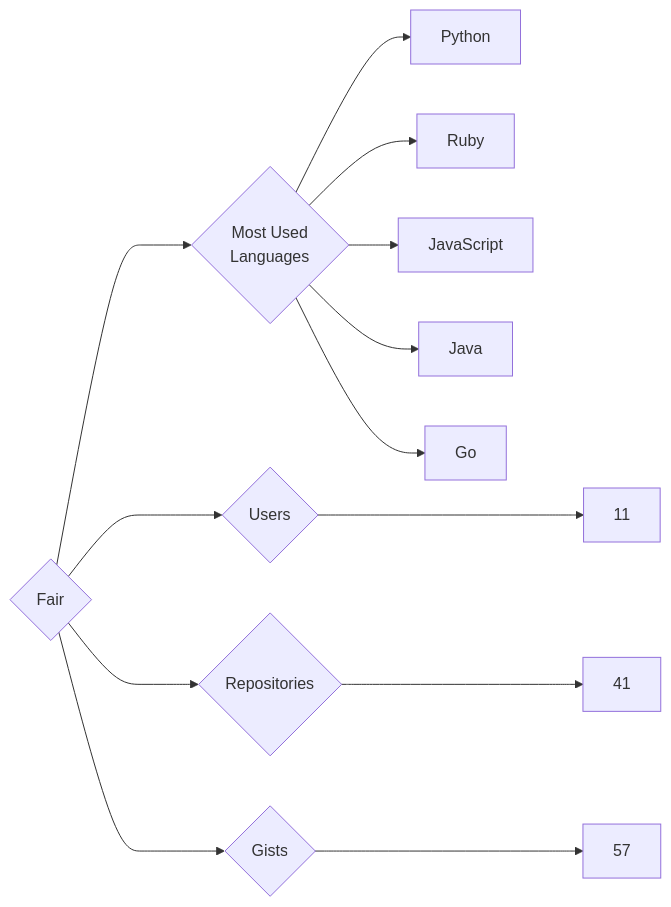
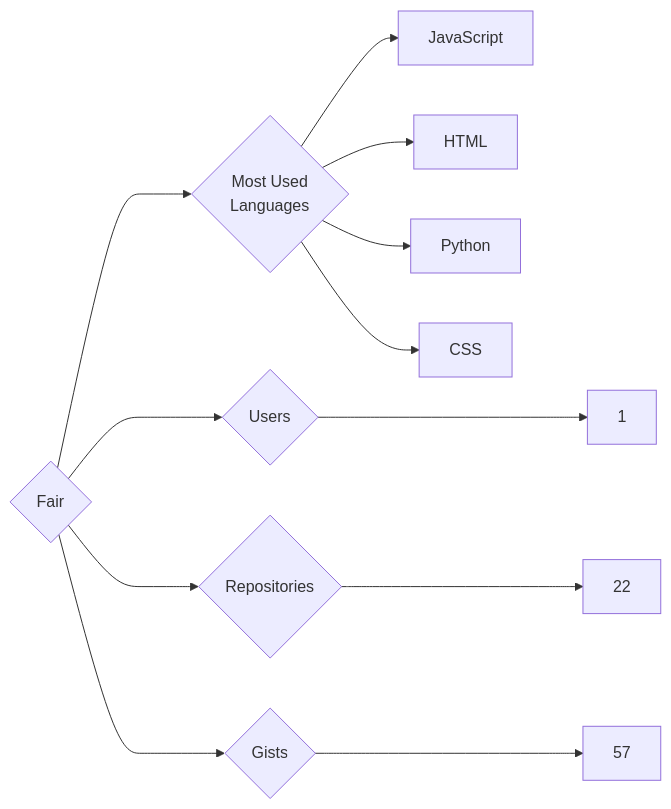
One commit to trickest/insiders changed the diagram in targets/Fair/README.md. Above: the diagram before and after it, drawn with Mermaid. The commit also changed 715 other files, not shown here.

````diff
--- a/targets/Fair/README.md
+++ b/targets/Fair/README.md
@@ -3,13 +3,12 @@
 ```mermaid
 graph LR
 COMPANY_NAME{Fair}
-COMPANY_NAME ---> U{Users} ---> UN[11]
-COMPANY_NAME ---> R{Repositories} ---> RN[41]
+COMPANY_NAME ---> U{Users} ---> UN[1]
+COMPANY_NAME ---> R{Repositories} ---> RN[22]
 COMPANY_NAME ---> G{Gists} ---> GN[57]
 COMPANY_NAME ---> ML{Most Used<br>Languages}
+ML --> JavaScript[JavaScript]
+ML --> HTML[HTML]
 ML --> Python[Python]
-ML --> Ruby[Ruby]
-ML --> JavaScript[JavaScript]
-ML --> Java[Java]
-ML --> Go[Go]
+ML --> CSS[CSS]
 ```
````
